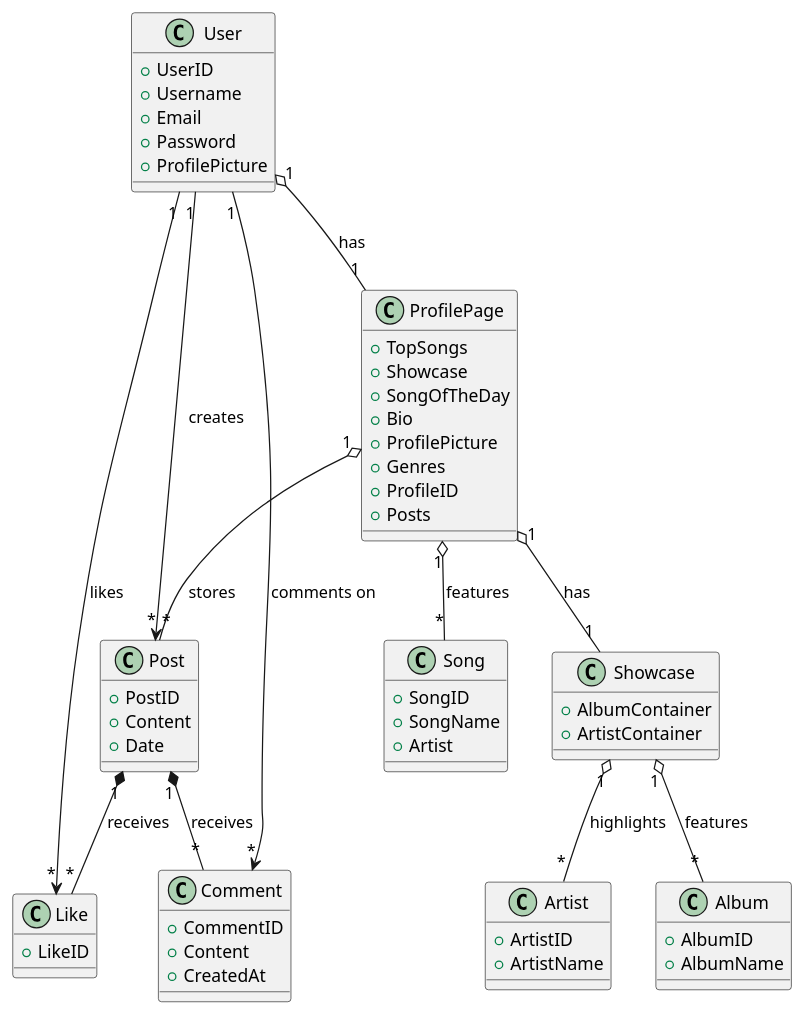
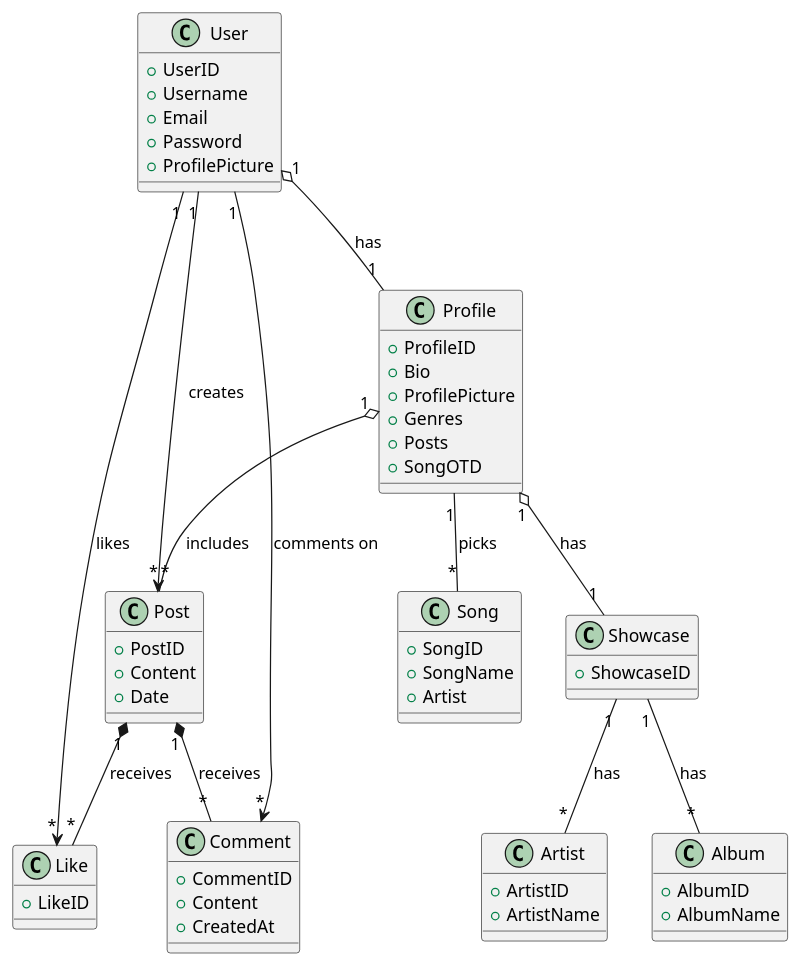
The diagram in assigmentsmodels/domainmodel.plantuml (heloboyIvanschool/PA2576-Programvaruintensiv-produktutveckling), drawn with PlantUML before and after one commit.

```diff
--- a/assigmentsmodels/domainmodel.plantuml
+++ b/assigmentsmodels/domainmodel.plantuml
@@ -1,90 +1,86 @@
 @startuml
 
 ' ----- ENTITIES -----
 class User {
     + UserID
     + Username
     + Email
     + Password
     + ProfilePicture
 }
 
-class ProfilePage {
-    + TopSongs
-    + Showcase
-    + SongOfTheDay
+class Profile {
+    + ProfileID
     + Bio
     + ProfilePicture
     + Genres
-    + ProfileID
     + Posts
+    + SongOTD
 }
 
 class Post {
     + PostID
     + Content
     + Date
 }
 
 class Like {
     + LikeID
 }
 
 class Comment {
     + CommentID
     + Content
     + CreatedAt
 }
 
 class Song {
     + SongID
     + SongName
     + Artist
 }
 
 class Album {
     + AlbumID
     + AlbumName
 }
 
 class Artist {
     + ArtistID
     + ArtistName
 }
 
 class Showcase {
-    + AlbumContainer
-    + ArtistContainer
-
+    + ShowcaseID
 }
 
 ' ----- RELATIONSHIPS -----
 
-' Aggregation: User owns a ProfilePage
-User "1" o-- "1" ProfilePage : "has"
+' User owns a Profile (Aggregation: Profile cannot exist without User)
+User "1" o-- "1" Profile : "has"
 
-' Aggregation: ProfilePage contains multiple Posts
-ProfilePage "1" o-- "*" Post : "stores"
+' Profile can have multiple Posts (Aggregation)
+Profile "1" o-- "*" Post : "includes"
 
-' User creates multiple Posts
+' User creates Posts (Association)
 User "1" --> "*" Post : "creates"
 
-' Post receives Likes and Comments
+' Post receives Likes and Comments (Composition: Likes and Comments cannot exist without Post)
 Post "1" *-- "*" Like : "receives"
 Post "1" *-- "*" Comment : "receives"
 
 ' User can like and comment on posts
 User "1" --> "*" Like : "likes"
 User "1" --> "*" Comment : "comments on"
 
-' Aggregation: ProfilePage has a Showcase
-ProfilePage "1" o-- "1" Showcase : "has"
+' Profile has a Showcase section (Aggregation)
+Profile "1" o-- "1" Showcase : "has"
 
-' Aggregation: Showcase contains Albums and Artists
-Showcase "1" o-- "*" Album : "features"
-Showcase "1" o-- "*" Artist : "highlights"
+' Showcase contains Albums and Artists (Association)
+Showcase "1" -- "*" Album : "has"
+Showcase "1" -- "*" Artist : "has"
 
-' Many-to-Many: ProfilePage can have multiple favorite Songs
-ProfilePage "1" o-- "*" Song : "features"
+' ProfilePage can have multiple favorite Songs (Association)
+Profile "1" -- "*" Song : "picks"
 
 @enduml
```
